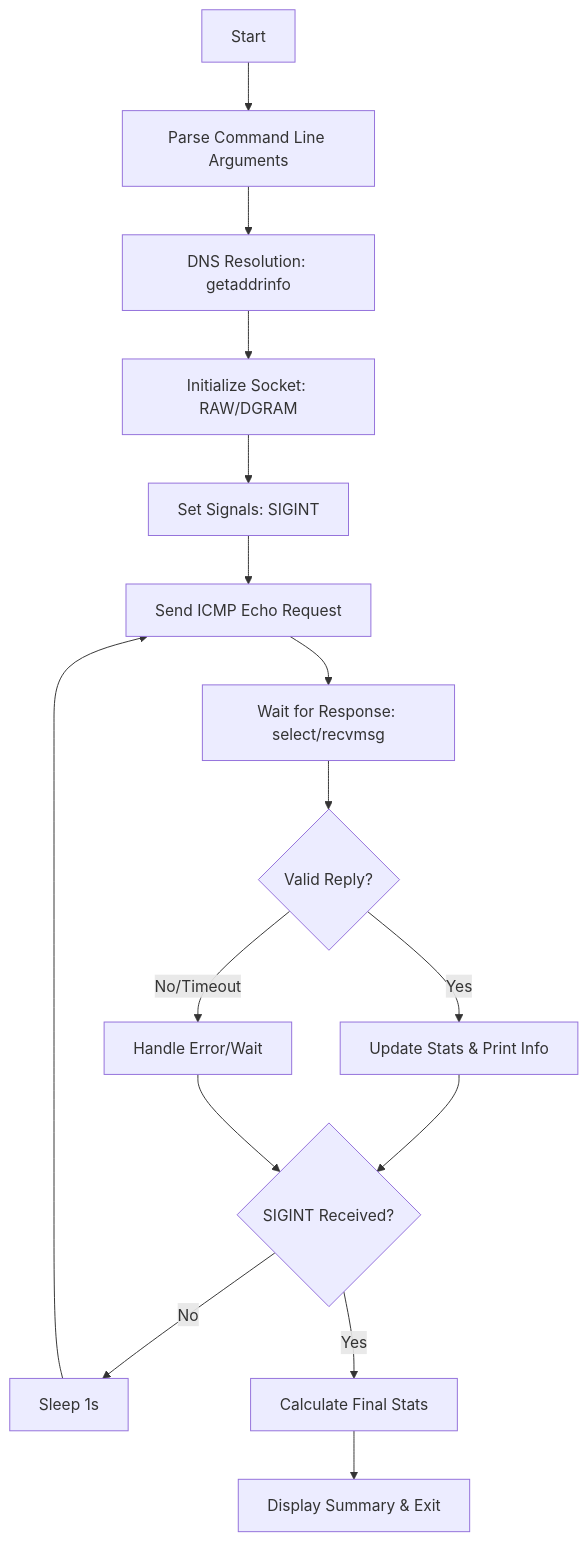
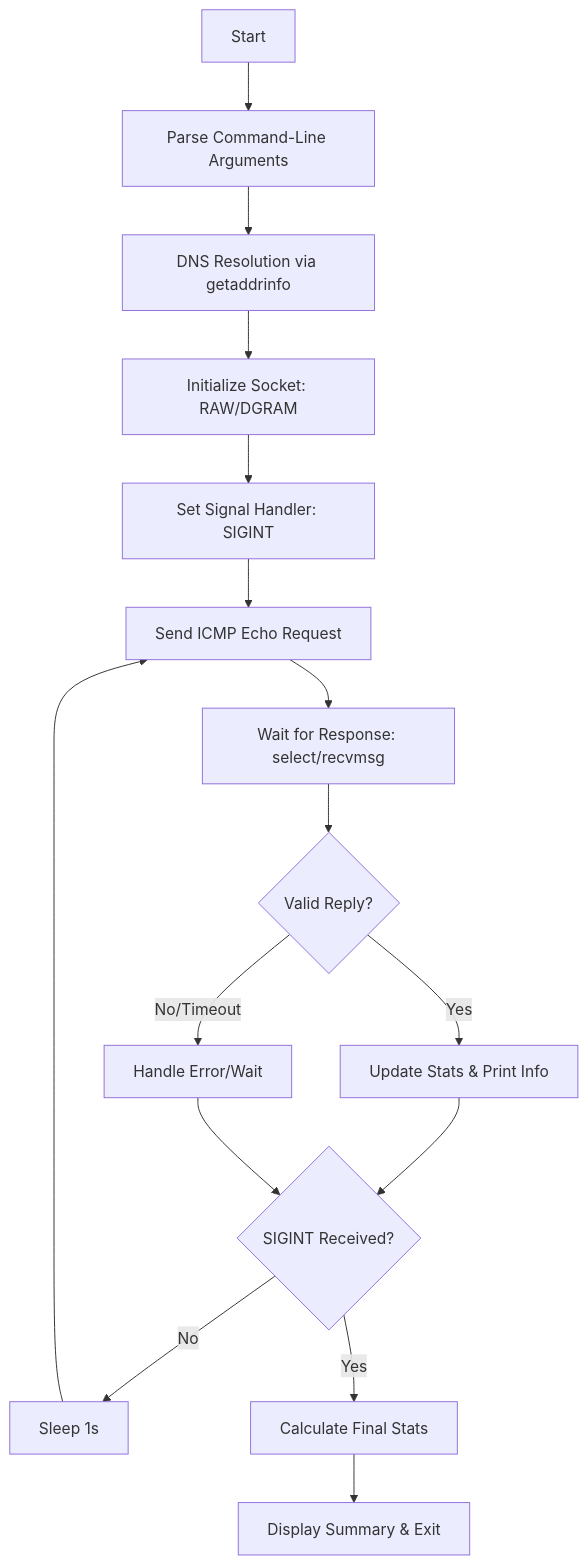
The diagram in README.md (jdecorte-be/ft-ping), drawn with Mermaid before and after one commit. The commit also changed other lines of this file, not shown here.

````diff
--- a/README.md
+++ b/README.md
@@ -101,17 +101,17 @@
 ```mermaid
 graph TD
-    A[Start] --> B[Parse Command Line Arguments]
-    B --> C[DNS Resolution: getaddrinfo]
+    A[Start] --> B[Parse Command-Line Arguments]
+    B --> C[DNS Resolution via getaddrinfo]
     C --> D[Initialize Socket: RAW/DGRAM]
-    D --> E[Set Signals: SIGINT]
+    D --> E[Set Signal Handler: SIGINT]
     E --> F[Send ICMP Echo Request]
     F --> G[Wait for Response: select/recvmsg]
     G --> H{Valid Reply?}
     H -- Yes --> I[Update Stats & Print Info]
     H -- No/Timeout --> J[Handle Error/Wait]
     I --> K{SIGINT Received?}
     J --> K
     K -- No --> L[Sleep 1s] --> F
     K -- Yes --> M[Calculate Final Stats]
     M --> N[Display Summary & Exit]
 ```
````
